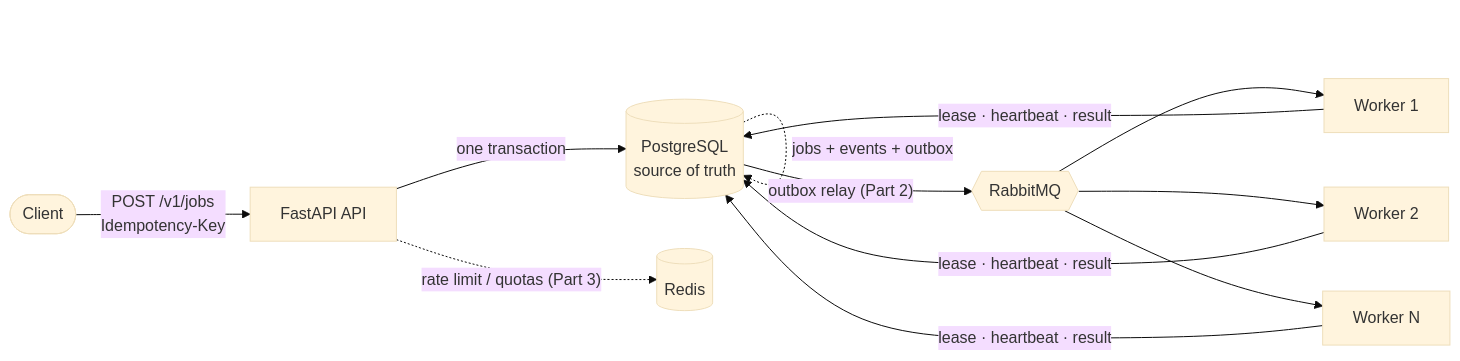
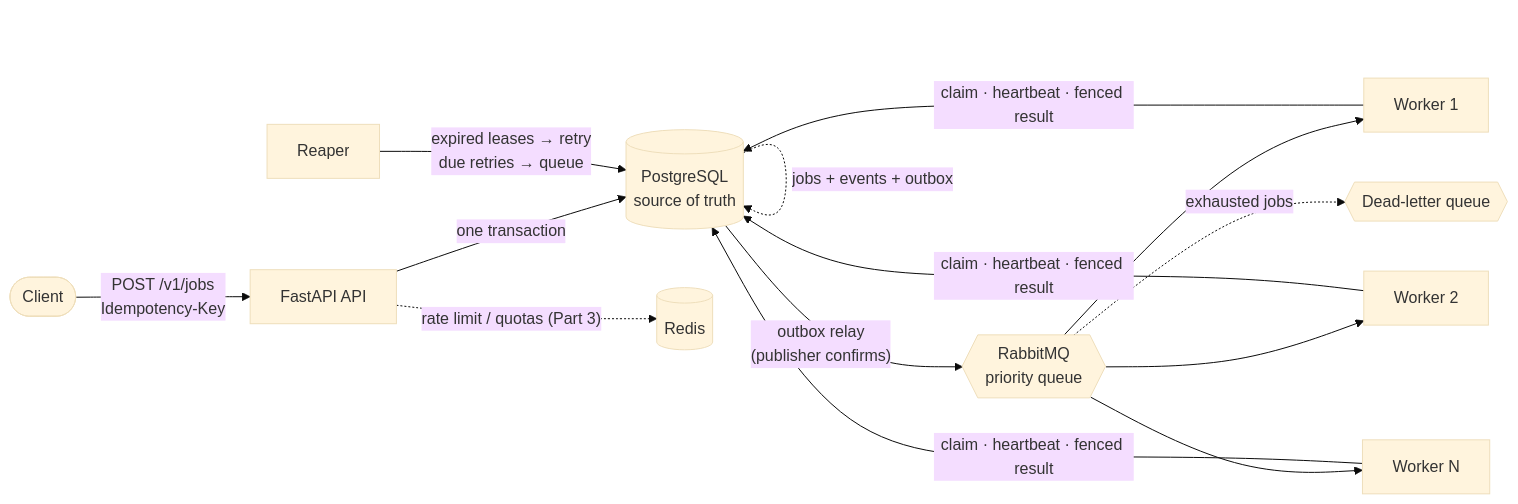
The diagram in README.md (Desai0Aryan/Foundry), drawn with Mermaid (base theme) before and after one commit. The commit also changed other lines of this file and 28 other files, not shown here.

Commit message:
Part 2: Workers, RabbitMQ, retries, DLQ, crash recovery

````diff
--- a/README.md
+++ b/README.md
@@ -37,12 +37,14 @@
 ```mermaid
 flowchart LR
     C([Client]) -->|"POST /v1/jobs<br/>Idempotency-Key"| API[FastAPI API]
     API -->|"one transaction"| PG[(PostgreSQL<br/>source of truth)]
     PG -. "jobs + events + outbox" .-> PG
-    PG -->|"outbox relay (Part 2)"| MQ{{RabbitMQ}}
+    PG -->|"outbox relay<br/>(publisher confirms)"| MQ{{RabbitMQ<br/>priority queue}}
     MQ --> W1[Worker 1]
     MQ --> W2[Worker 2]
     MQ --> W3[Worker N]
-    W1 & W2 & W3 -->|"lease · heartbeat · result"| PG
+    W1 & W2 & W3 -->|"claim · heartbeat · fenced result"| PG
+    RP[Reaper] -->|"expired leases → retry<br/>due retries → queue"| PG
+    MQ -. "exhausted jobs" .-> DLQ{{Dead-letter queue}}
     API -. "rate limit / quotas (Part 3)" .-> R[(Redis)]
 ```
````
